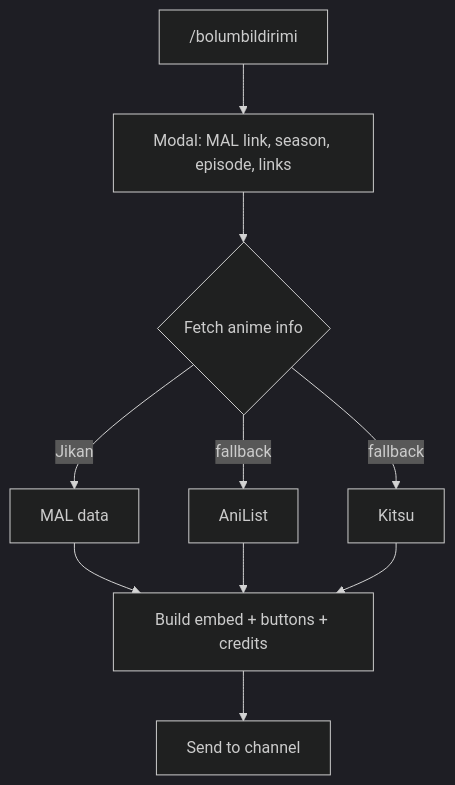
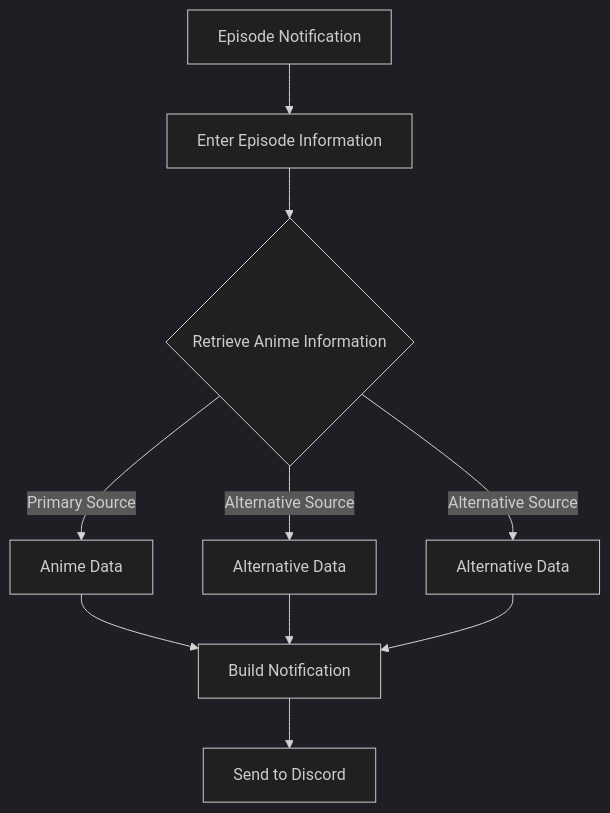
Before and after one commit to wezlem/Luminasubs-bot: the first of 2 diagrams in README.md, drawn with Mermaid (dark theme). The commit also changed other lines of this file, not shown here.

````diff
--- a/README.md
+++ b/README.md
@@ -14,12 +33,12 @@
 ```mermaid
 flowchart TD
-    A["/bolumbildirimi"] --> B[Modal: MAL link, season, episode, links]
-    B --> C{Fetch anime info}
-    C -->|Jikan| D[MAL data]
-    C -->|fallback| E[AniList]
-    C -->|fallback| F[Kitsu]
-    D --> G[Build embed + buttons + credits]
+    A["Episode Notification"] --> B[Enter Episode Information]
+    B --> C{Retrieve Anime Information}
+    C -->|Primary Source| D[Anime Data]
+    C -->|Alternative Source| E[Alternative Data]
+    C -->|Alternative Source| F[Alternative Data]
+    D --> G[Build Notification]
     E --> G
     F --> G
-    G --> H[Send to channel]
+    G --> H[Send to Discord]
 ```
````
